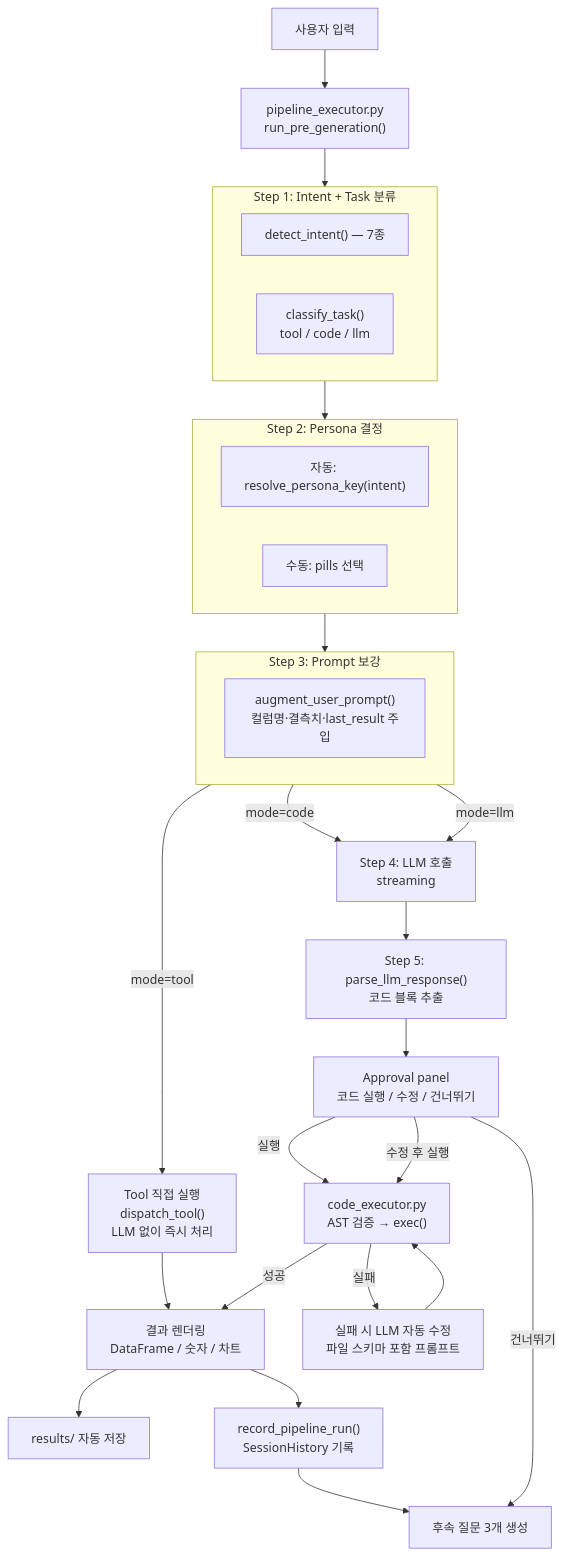
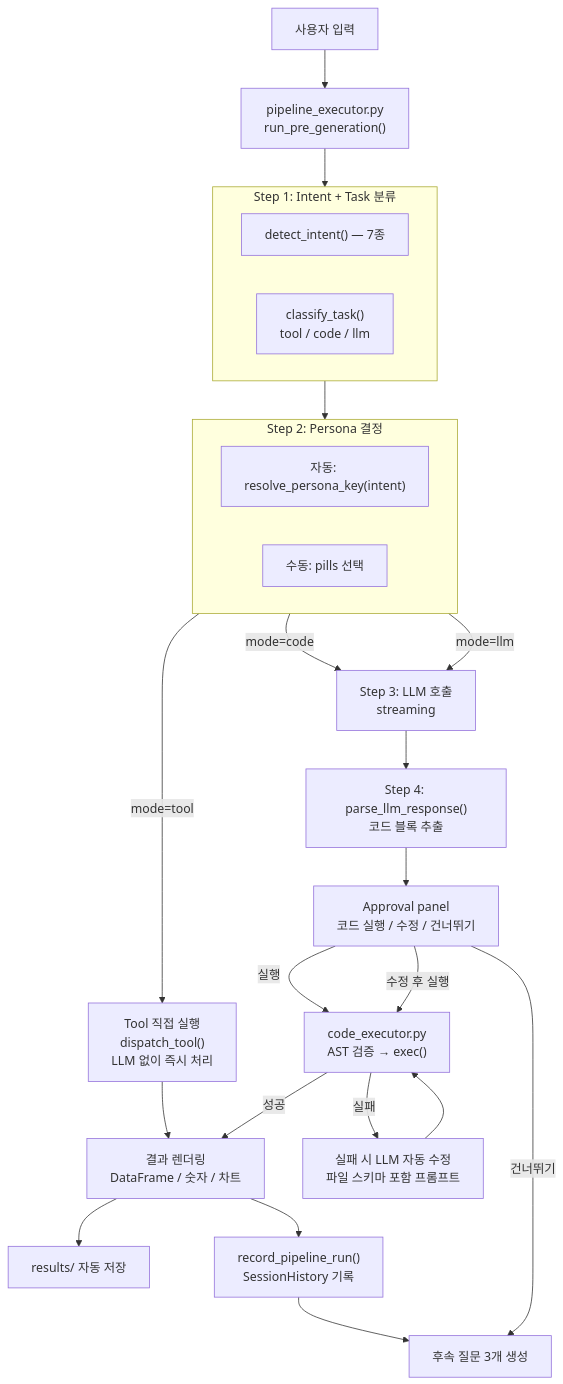
Before and after one commit to sayoon01/excel-ai-agent: the second of 8 diagrams in README.md, drawn with Mermaid. The commit also changed other lines of this file and 8 other files, not shown here.

````diff
--- a/README.md
+++ b/README.md
@@ -213,45 +216,41 @@
 ```mermaid
 flowchart TD
     Input["사용자 입력"]
     PRE["pipeline_executor.py\nrun_pre_generation()"]
 
     subgraph Step1["Step 1: Intent + Task 분류"]
         IT["detect_intent() — 7종"]
         TR2["classify_task()\ntool / code / llm"]
     end
 
     subgraph Step2["Step 2: Persona 결정"]
         AP2["자동: resolve_persona_key(intent)"]
         MP["수동: pills 선택"]
     end
 
-    subgraph Step3["Step 3: Prompt 보강"]
-        AUG["augment_user_prompt()\n컬럼명·결측치·last_result 주입"]
-    end
-
     TOOL["Tool 직접 실행\ndispatch_tool()\nLLM 없이 즉시 처리"]
-    LLM["Step 4: LLM 호출\nstreaming"]
-    PARSE["Step 5: parse_llm_response()\n코드 블록 추출"]
+    LLM["Step 3: LLM 호출\nstreaming"]
+    PARSE["Step 4: parse_llm_response()\n코드 블록 추출"]
     APPR["Approval panel\n코드 실행 / 수정 / 건너뛰기"]
     Exec["code_executor.py\nAST 검증 → exec()"]
     Result["결과 렌더링\nDataFrame / 숫자 / 차트"]
     AutoSave["results/ 자동 저장"]
     Retry["실패 시 LLM 자동 수정\n파일 스키마 포함 프롬프트"]
     History["record_pipeline_run()\nSessionHistory 기록"]
     Followup["후속 질문 3개 생성"]
 
-    Input --> PRE --> Step1 --> Step2 --> Step3
+    Input --> PRE --> Step1 --> Step2
 
-    Step3 -->|"mode=tool"| TOOL
-    Step3 -->|"mode=code"| LLM
-    Step3 -->|"mode=llm"| LLM
+    Step2 -->|"mode=tool"| TOOL
+    Step2 -->|"mode=code"| LLM
+    Step2 -->|"mode=llm"| LLM
 
     TOOL --> Result
     LLM --> PARSE --> APPR
     APPR -->|실행| Exec
     APPR -->|수정 후 실행| Exec
     APPR -->|건너뛰기| Followup
     Exec -->|성공| Result --> AutoSave
     Exec -->|실패| Retry --> Exec
     Result --> History --> Followup
 ```
````
